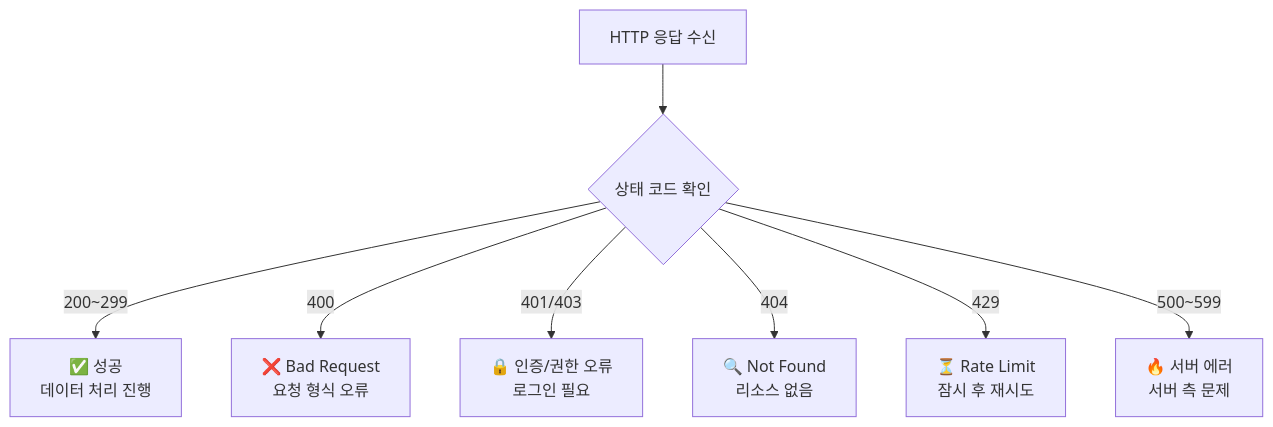
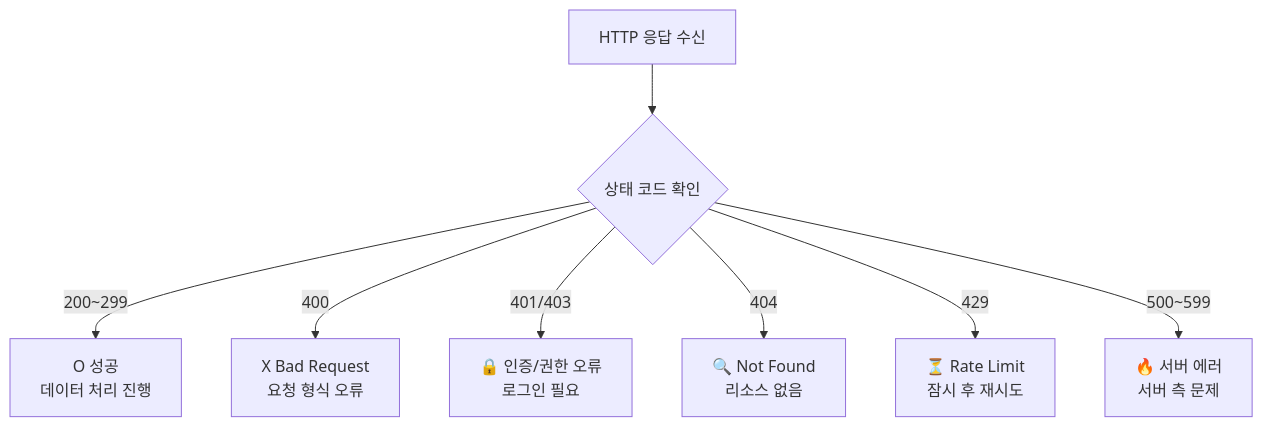
Before and after one commit to jsonpassion/forge-tutorial-swift: the third of 4 diagrams in 07-networking/02-urlsession.md, drawn with Mermaid. The commit also changed other lines of this file and 69 other files, not shown here.

````diff
--- a/07-networking/02-urlsession.md
+++ b/07-networking/02-urlsession.md
@@ -169,10 +169,10 @@
 ```mermaid
 flowchart TD
     R["HTTP 응답 수신"] --> Check{"상태 코드 확인"}
-    Check -->|200~299| S["✅ 성공\n데이터 처리 진행"]
-    Check -->|400| B["❌ Bad Request\n요청 형식 오류"]
-    Check -->|401/403| A["🔒 인증/권한 오류\n로그인 필요"]
-    Check -->|404| N["🔍 Not Found\n리소스 없음"]
-    Check -->|429| T["⏳ Rate Limit\n잠시 후 재시도"]
-    Check -->|500~599| E["🔥 서버 에러\n서버 측 문제"]
+    Check -->|200~299| S["O 성공<br/>데이터 처리 진행"]
+    Check -->|400| B["X Bad Request<br/>요청 형식 오류"]
+    Check -->|401/403| A["🔒 인증/권한 오류<br/>로그인 필요"]
+    Check -->|404| N["🔍 Not Found<br/>리소스 없음"]
+    Check -->|429| T["⏳ Rate Limit<br/>잠시 후 재시도"]
+    Check -->|500~599| E["🔥 서버 에러<br/>서버 측 문제"]
 ```
````
